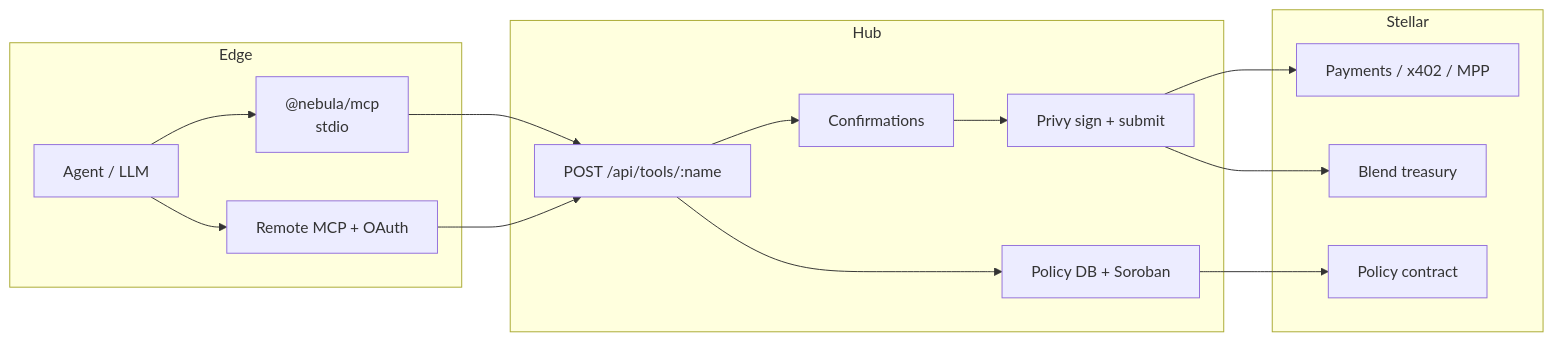
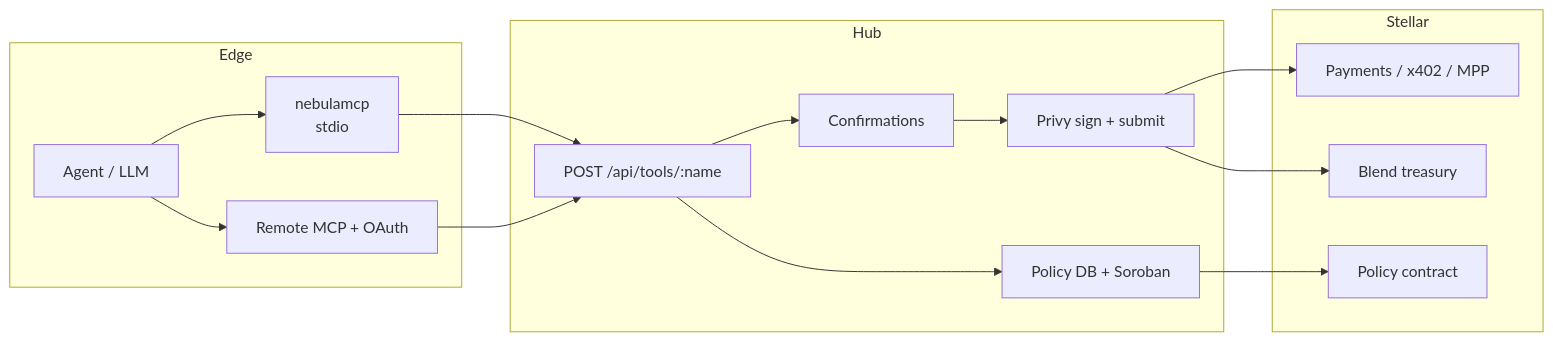
The diagram in docs/ARCHITECTURE.md (Caerlower/Nebula), drawn with Mermaid before and after one commit. The commit also changed other lines of this file and 41 other files, not shown here.

````diff
--- a/docs/ARCHITECTURE.md
+++ b/docs/ARCHITECTURE.md
@@ -5,29 +5,29 @@
 ```mermaid
 flowchart LR
   subgraph edge [Edge]
     A[Agent / LLM]
-    M["@nebula/mcp<br/>stdio"]
+    M["nebulamcp<br/>stdio"]
     O[Remote MCP + OAuth]
   end
 
   subgraph hub [Hub]
     T["POST /api/tools/:name"]
     C[Confirmations]
     P[Policy DB + Soroban]
     S[Privy sign + submit]
   end
 
   subgraph stellar [Stellar]
     X[Payments / x402 / MPP]
     B[Blend treasury]
     R[Policy contract]
   end
 
   A --> M --> T
   A --> O --> T
   T --> C --> S
   T --> P
   P --> R
   S --> X
   S --> B
 ```
````
